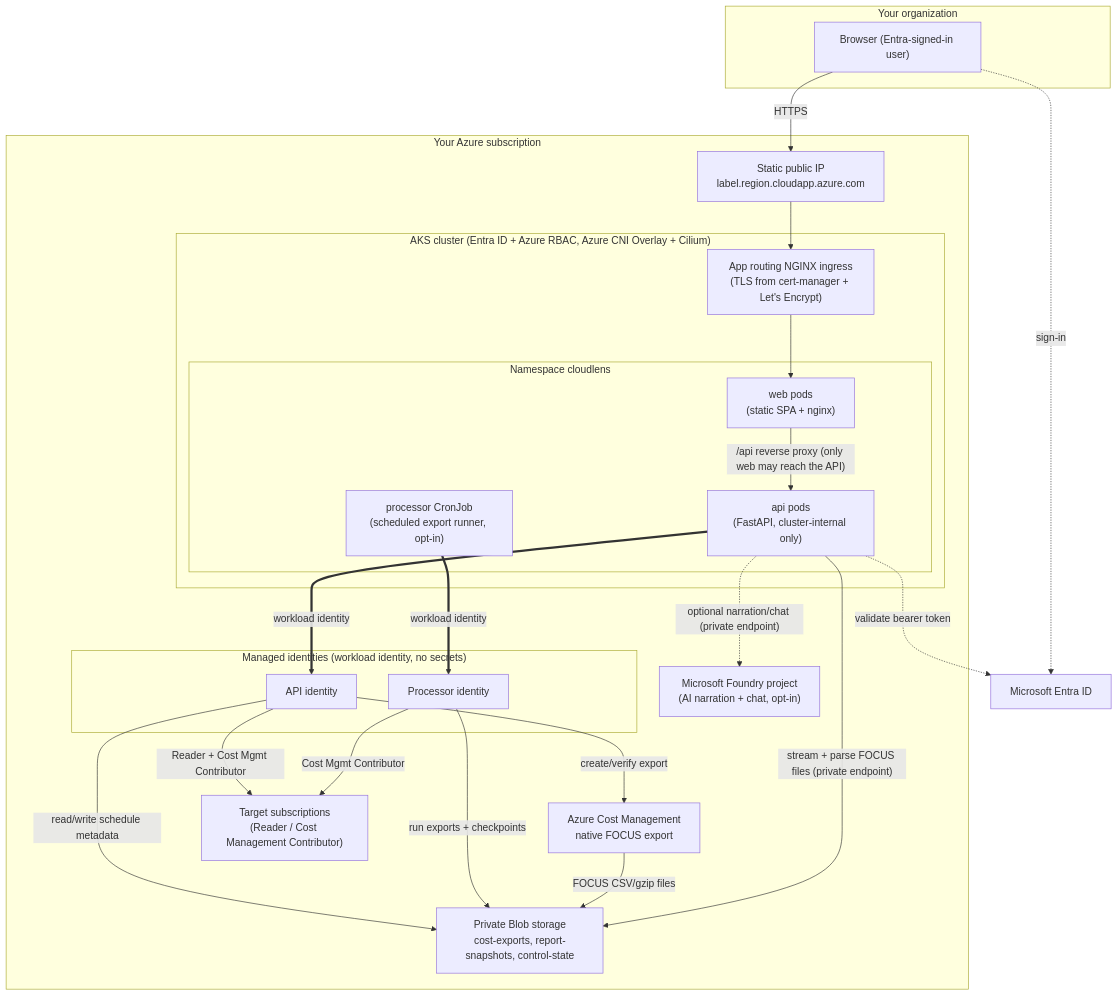
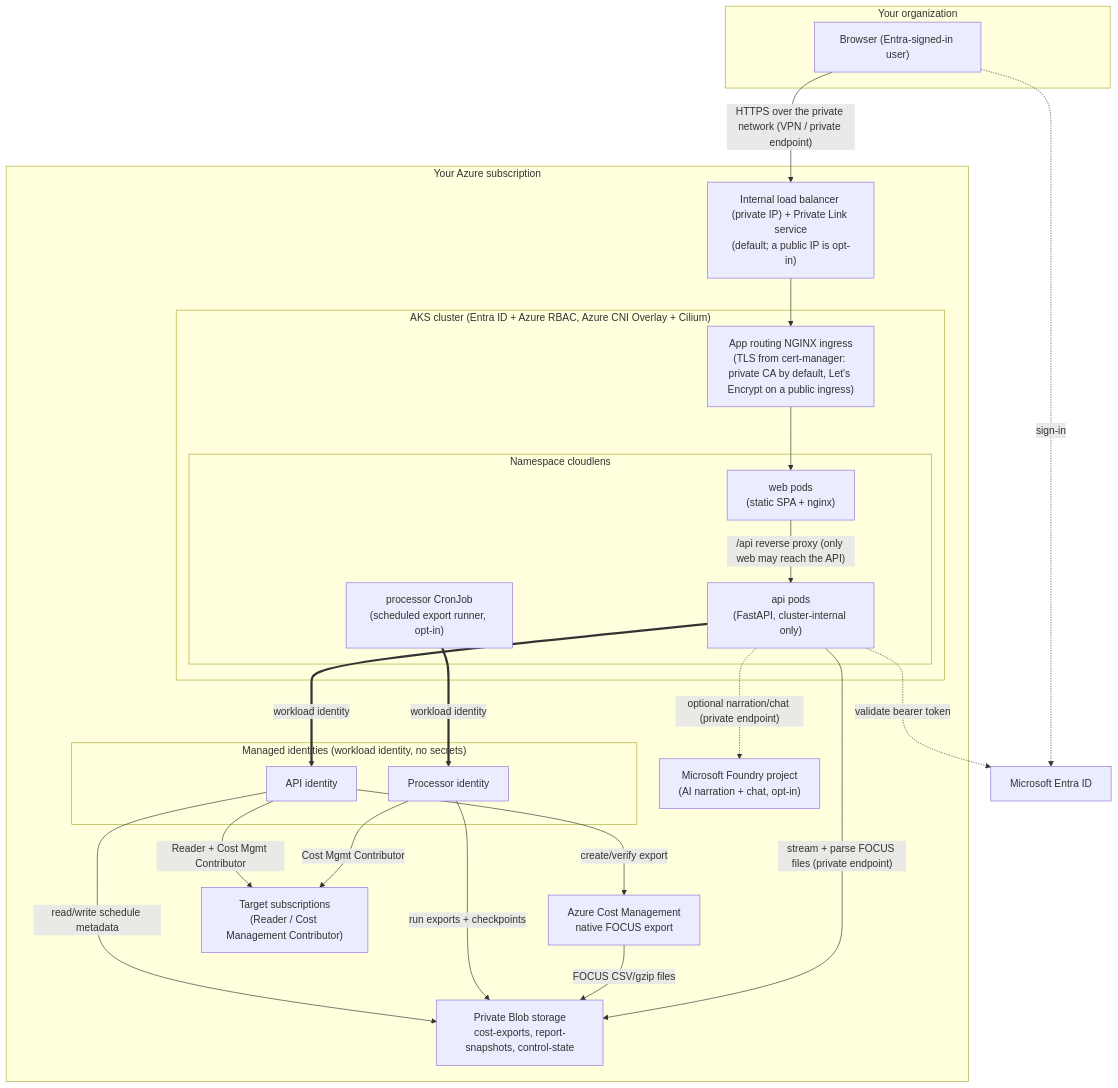
Before and after one commit to Saby007/CloudLens: the diagram in README.md, drawn with Mermaid. The commit also changed other lines of this file and 24 other files, not shown here.

````diff
--- a/README.md
+++ b/README.md
@@ -34,45 +35,45 @@
 ```mermaid
 flowchart TB
     subgraph User["Your organization"]
         Browser["Browser (Entra-signed-in user)"]
     end
 
     subgraph Azure["Your Azure subscription"]
-        PIP["Static public IP<br/>label.region.cloudapp.azure.com"]
+        PIP["Internal load balancer (private IP) + Private Link service<br/>(default; a public IP is opt-in)"]
         subgraph AKS["AKS cluster (Entra ID + Azure RBAC, Azure CNI Overlay + Cilium)"]
-            Ingress["App routing NGINX ingress<br/>(TLS from cert-manager + Let's Encrypt)"]
+            Ingress["App routing NGINX ingress<br/>(TLS from cert-manager: private CA by default, Let's Encrypt on a public ingress)"]
             subgraph NS["Namespace cloudlens"]
                 Web["web pods<br/>(static SPA + nginx)"]
                 API["api pods<br/>(FastAPI, cluster-internal only)"]
                 Processor["processor CronJob<br/>(scheduled export runner, opt-in)"]
             end
         end
 
         subgraph Identities["Managed identities (workload identity, no secrets)"]
             ApiMI["API identity"]
             ProcMI["Processor identity"]
         end
 
         Storage["Private Blob storage<br/>cost-exports, report-snapshots, control-state"]
         CM["Azure Cost Management<br/>native FOCUS export"]
         Foundry["Microsoft Foundry project<br/>(AI narration + chat, opt-in)"]
         Targets["Target subscriptions<br/>(Reader / Cost Management Contributor)"]
     end
 
     Entra["Microsoft Entra ID"]
 
-    Browser -- "HTTPS" --> PIP --> Ingress --> Web
+    Browser -- "HTTPS over the private network (VPN / private endpoint)" --> PIP --> Ingress --> Web
     Web -- "/api reverse proxy (only web may reach the API)" --> API
     Browser -. "sign-in" .-> Entra
     API -. "validate bearer token" .-> Entra
     API == "workload identity" ==> ApiMI
     ApiMI -- "Reader + Cost Mgmt Contributor" --> Targets
     ApiMI -- "read/write schedule metadata" --> Storage
     ApiMI -- "create/verify export" --> CM
     Processor == "workload identity" ==> ProcMI
     ProcMI -- "Cost Mgmt Contributor" --> Targets
     ProcMI -- "run exports + checkpoints" --> Storage
     CM -- "FOCUS CSV/gzip files" --> Storage
     API -- "stream + parse FOCUS files (private endpoint)" --> Storage
     API -. "optional narration/chat (private endpoint)" .-> Foundry
 ```
````
